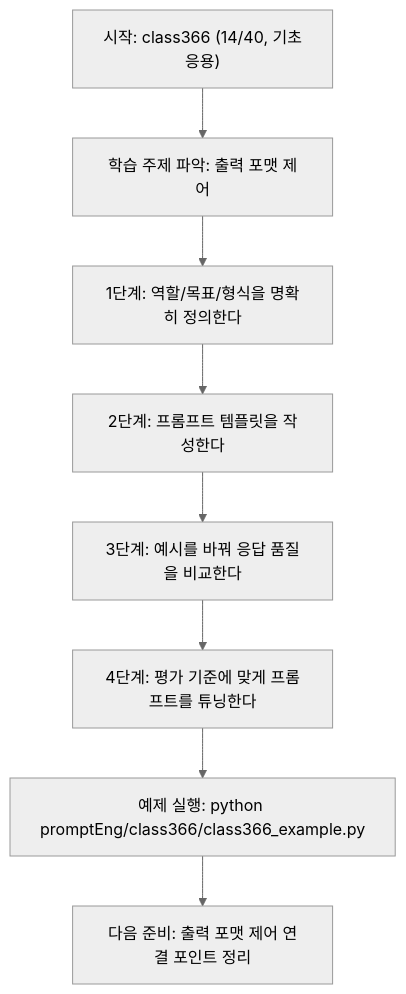
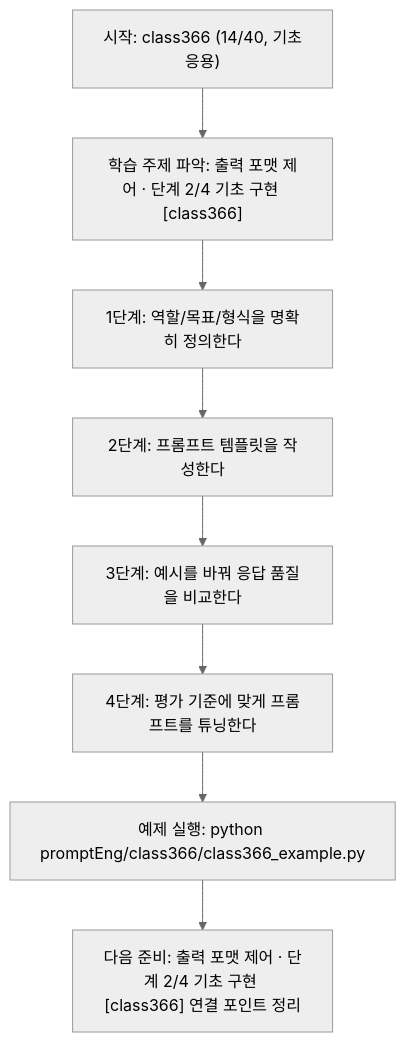
One commit to edumgt/Python-AI_Agent-Class changed the diagram in promptEng/class366/class366.md. Above: the diagram before and after it, drawn with Mermaid (neutral theme). The commit also changed other lines of this file and 522 other files, not shown here.

````diff
--- a/promptEng/class366/class366.md
+++ b/promptEng/class366/class366.md
@@ -109,18 +110,18 @@
 ```mermaid
 flowchart TD
 N1["시작: class366 (14/40, 기초응용)"]
-N2["학습 주제 파악: 출력 포맷 제어"]
+N2["학습 주제 파악: 출력 포맷 제어 · 단계 2/4 기초 구현 [class366]"]
 N3["1단계: 역할/목표/형식을 명확히 정의한다"]
 N4["2단계: 프롬프트 템플릿을 작성한다"]
 N5["3단계: 예시를 바꿔 응답 품질을 비교한다"]
 N6["4단계: 평가 기준에 맞게 프롬프트를 튜닝한다"]
 N7["예제 실행: python promptEng/class366/class366_example.py"]
-N8["다음 준비: 출력 포맷 제어 연결 포인트 정리"]
+N8["다음 준비: 출력 포맷 제어 · 단계 2/4 기초 구현 [class366] 연결 포인트 정리"]
 N1 --> N2
 N2 --> N3
 N3 --> N4
 N4 --> N5
 N5 --> N6
 N6 --> N7
 N7 --> N8
 ```
````
